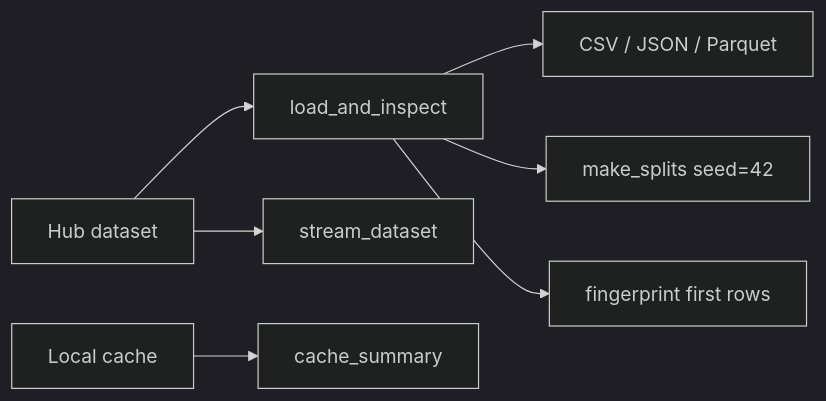
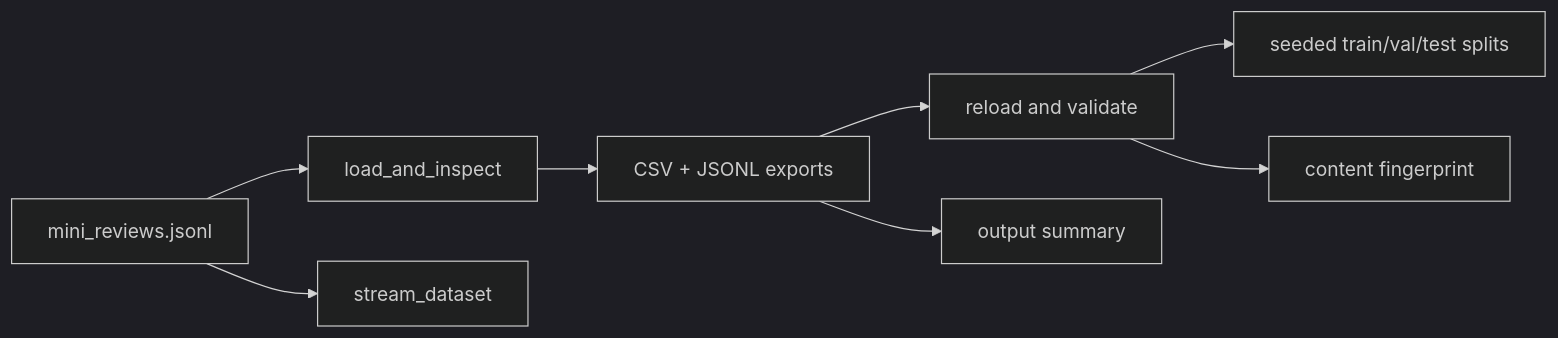
One commit to t3mr0i/ai-engineering-from-scratch changed the diagram in phases/00-setup-and-tooling/09-data-management/docs/en.md. Above: the diagram before and after it, drawn with Mermaid (dark theme). The commit also changed other lines of this file and 35 other files, not shown here.

````diff
--- a/phases/00-setup-and-tooling/09-data-management/docs/en.md
+++ b/phases/00-setup-and-tooling/09-data-management/docs/en.md
@@ -22,9 +22,10 @@
 ```mermaid
 flowchart LR
-    H[Hub dataset] --> L[load_and_inspect]
-    H --> S[stream_dataset]
-    L --> F[CSV / JSON / Parquet]
-    L --> P[make_splits seed=42]
-    L --> D[fingerprint first rows]
-    C[Local cache] --> Q[cache_summary]
+    J[mini_reviews.jsonl] --> I[load_and_inspect]
+    J --> S[stream_dataset]
+    I --> F[CSV + JSONL exports]
+    F --> R[reload and validate]
+    R --> P[seeded train/val/test splits]
+    R --> H[content fingerprint]
+    F --> C[output summary]
 ```
````
